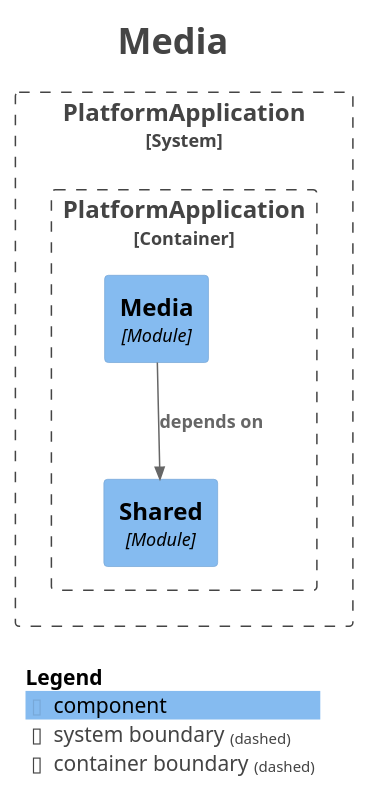
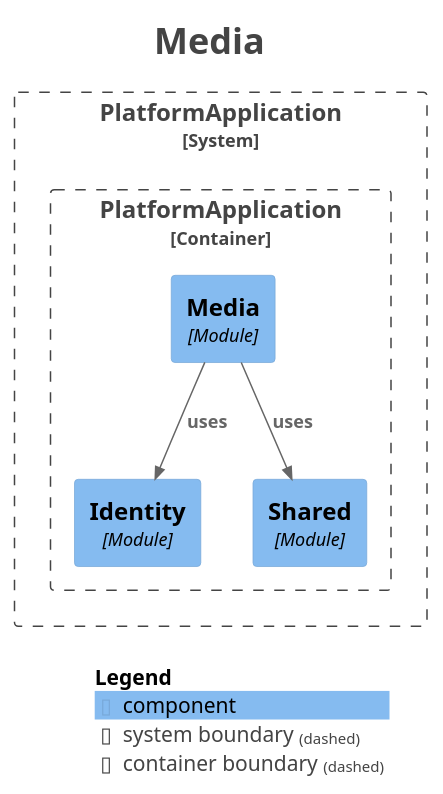
Before and after one commit to Asiman77/HistoryAsAGame: the diagram in docs/modules/module-media.puml, drawn with PlantUML. The commit also changed 16 other files, not shown here.

Commit message:
docs: phase 11 notes, ADR-0017 (media registry) and module docs

```diff
--- a/docs/modules/module-media.puml
+++ b/docs/modules/module-media.puml
@@ -1,30 +1,32 @@
 @startuml
 title <size:24>Media</size>
 
 set separator none
 top to bottom direction
 
 <style>
   root {
     BackgroundColor: #ffffff
     FontColor: #444444
   }
 </style>
 
 !include <C4/C4>
 !include <C4/C4_Context>
 !include <C4/C4_Component>
 
 System_Boundary("PlatformApplication_boundary", "PlatformApplication", $tags="") {
   Container_Boundary("PlatformApplication.PlatformApplication_boundary", "PlatformApplication", $tags="") {
+    Component(PlatformApplication.PlatformApplication.Identity, "Identity", $techn="Module", $descr="", $tags="", $link="")
     Component(PlatformApplication.PlatformApplication.Shared, "Shared", $techn="Module", $descr="", $tags="", $link="")
     Component(PlatformApplication.PlatformApplication.Media, "Media", $techn="Module", $descr="", $tags="", $link="")
   }
 
 }
 
-Rel(PlatformApplication.PlatformApplication.Media, PlatformApplication.PlatformApplication.Shared, "depends on", $techn="", $tags="", $link="")
+Rel(PlatformApplication.PlatformApplication.Media, PlatformApplication.PlatformApplication.Shared, "uses", $techn="", $tags="", $link="")
+Rel(PlatformApplication.PlatformApplication.Media, PlatformApplication.PlatformApplication.Identity, "uses", $techn="", $tags="", $link="")
 
 SHOW_LEGEND(true)
 hide stereotypes
 @enduml
```
